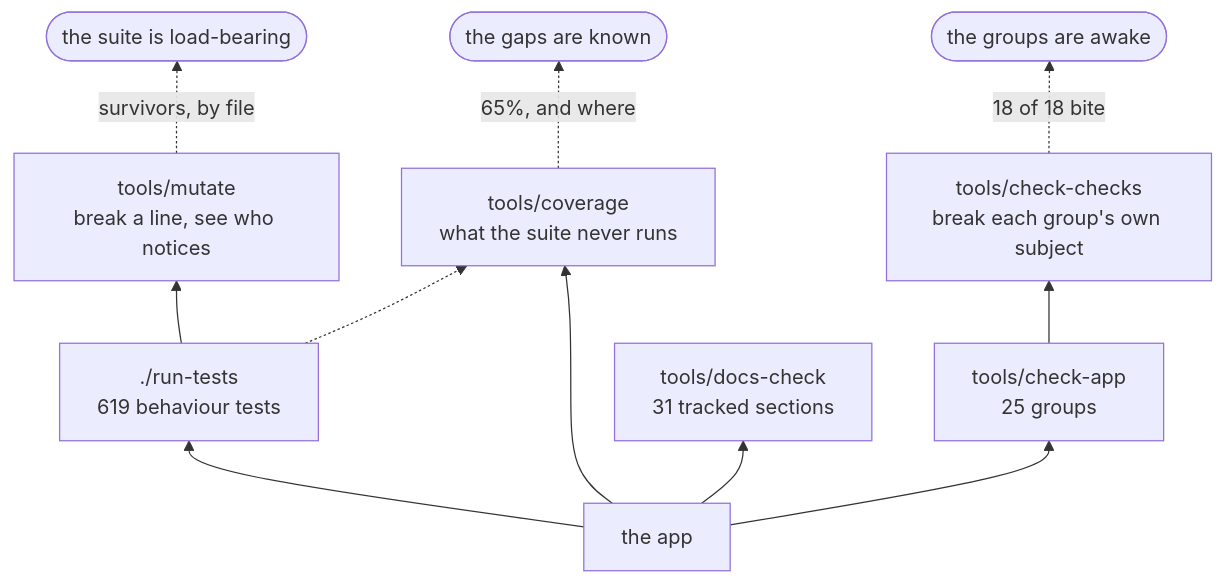
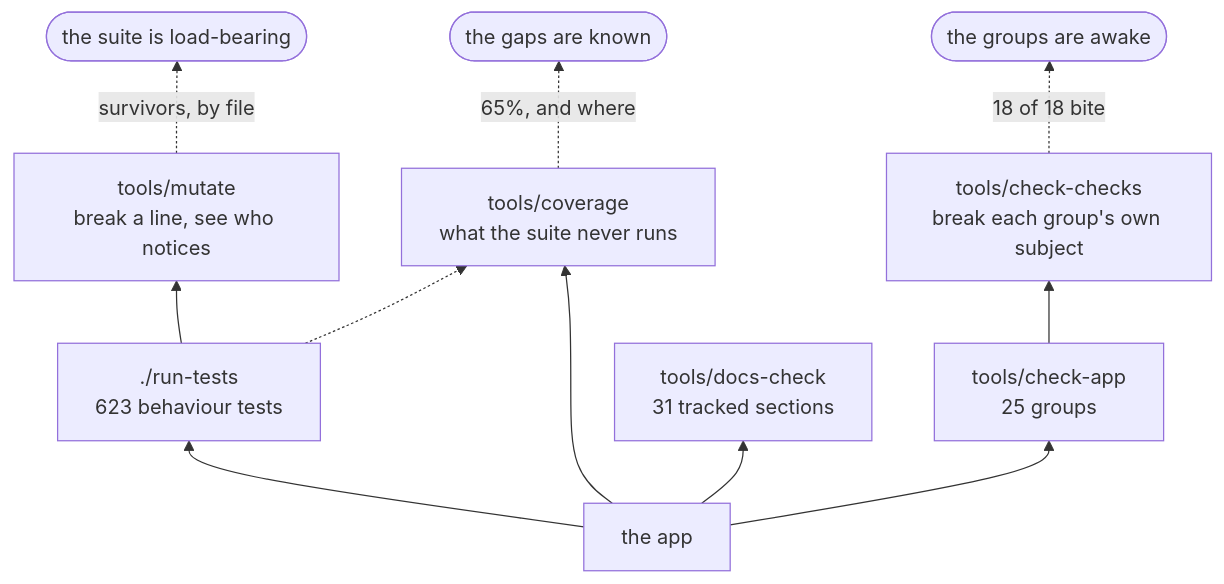
Before and after one commit to minormending/crystal-pilot-mobile: the second of 2 diagrams in docs/DEVELOPING.md, drawn with Mermaid. The commit also changed other lines of this file and 6 other files, not shown here.

````diff
--- a/docs/DEVELOPING.md
+++ b/docs/DEVELOPING.md
@@ -124,13 +124,13 @@
 ```mermaid
 flowchart BT
-    C["the app"] --> T["./run-tests<br/>619 behaviour tests"]
+    C["the app"] --> T["./run-tests<br/>623 behaviour tests"]
     C --> A["tools/check-app<br/>25 groups"]
     C --> D["tools/docs-check<br/>31 tracked sections"]
     C --> V["tools/coverage<br/>what the suite never runs"]
     T --> M["tools/mutate<br/>break a line, see who notices"]
     A --> K["tools/check-checks<br/>break each group's own subject"]
     T -.-> V
     M -.->|"survivors, by file"| R(["the suite is load-bearing"])
     K -.->|"18 of 18 bite"| R2(["the groups are awake"])
     V -.->|"65%, and where"| R3(["the gaps are known"])
 ```
````
